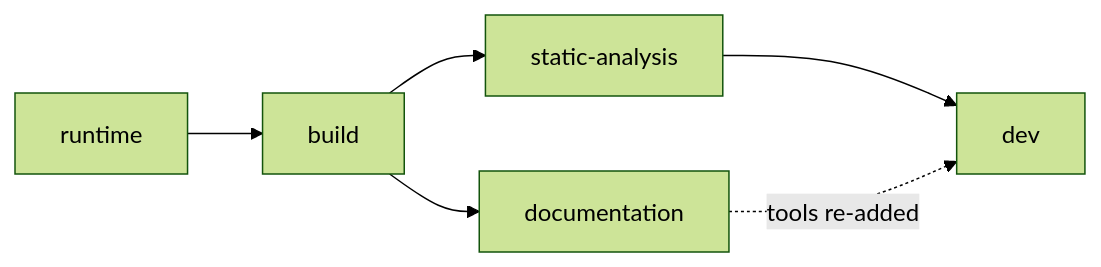
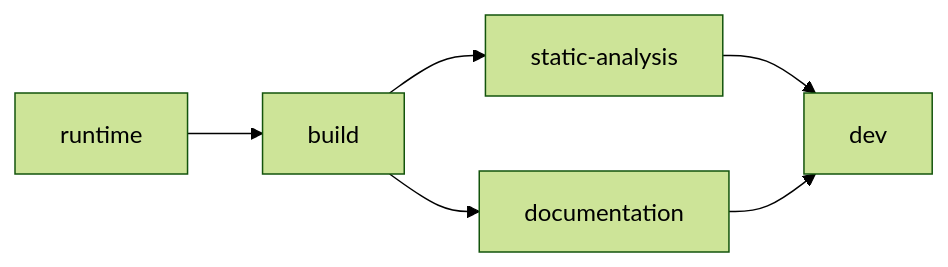
Before and after one commit to GuillaumeDua/cpp-toolchain: the diagram in README.md, drawn with Mermaid (forest theme). The commit also changed other lines of this file and 2 other files, not shown here.

````diff
--- a/README.md
+++ b/README.md
@@ -12,8 +12,8 @@
 ```mermaid
 graph LR
     runtime --> build
     build --> analysis["static-analysis"]
     build --> documentation
     analysis --> dev
-    documentation -. "tools re-added" .-> dev
+    documentation --> dev
 ```
````
